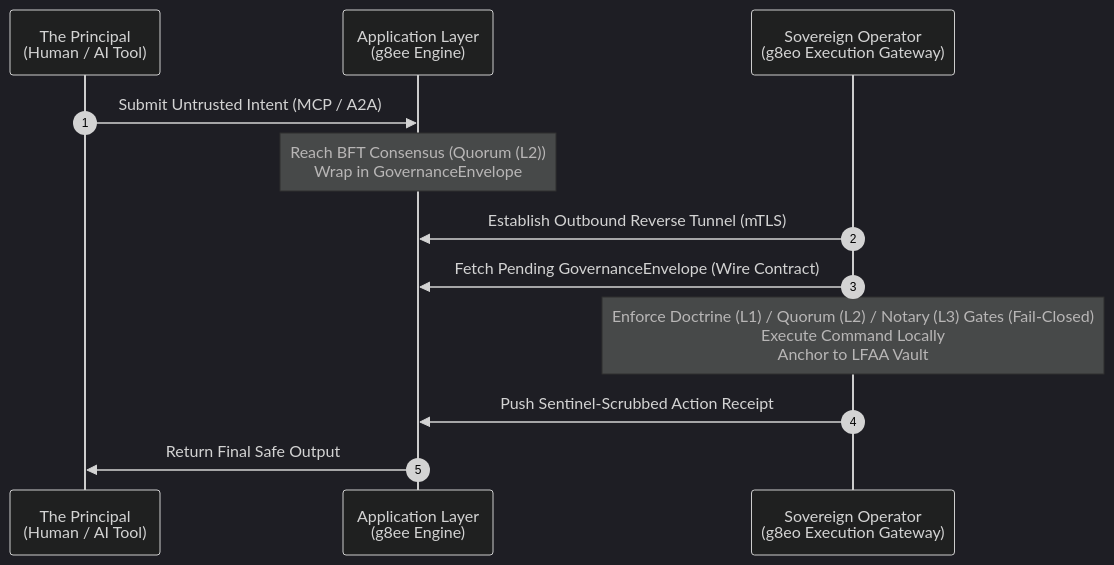
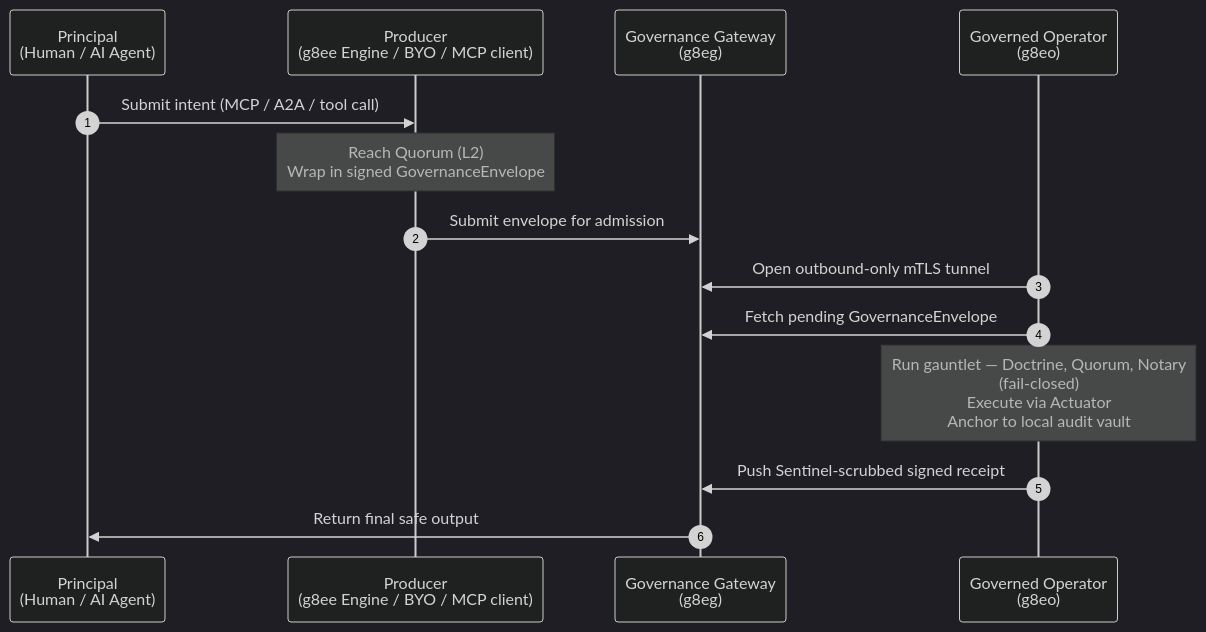
One commit to g8e-ai/g8e changed the first of 2 diagrams in README.md. Above: the diagram before and after it, drawn with Mermaid (dark theme). The commit also changed other lines of this file and 46 other files, not shown here.

````diff
--- a/README.md
+++ b/README.md
@@ -21,24 +113,20 @@
 ```mermaid
 sequenceDiagram
     autonumber
-    
-    participant Principal as The Principal<br/>(Human / AI Tool)
-    participant Engine as Application Layer<br/>(g8ee Engine)
-    participant Operator as Sovereign Operator<br/>(g8eo Execution Gateway)
+    participant Principal as Principal<br/>(Human / AI Agent)
+    participant Engine as Producer<br/>(g8ee Engine / BYO / MCP client)
+    participant Gateway as Governance Gateway<br/>(g8eg)
+    participant Operator as Governed Operator<br/>(g8eo)
 
-    %% Intent Generation (External to Operator)
-    Principal->>Engine: Submit Untrusted Intent (MCP / A2A)
-    Note over Engine: Reach BFT Consensus (Quorum (L2))<br/>Wrap in GovernanceEnvelope
-    
-    %% Operator Outbound-Only Interaction
-    Operator->>Engine: Establish Outbound Reverse Tunnel (mTLS)
-    Operator->>Engine: Fetch Pending GovernanceEnvelope (Wire Contract)
-    
-    Note over Operator: Enforce Doctrine (L1) / Quorum (L2) / Notary (L3) Gates (Fail-Closed)<br/>Execute Command Locally<br/>Anchor to LFAA Vault
-    
-    Operator->>Engine: Push Sentinel-Scrubbed Action Receipt
-    
-    %% Return to Principal
-    Engine->>Principal: Return Final Safe Output
+    Principal->>Engine: Submit intent (MCP / A2A / tool call)
+    Note over Engine: Reach Quorum (L2)<br/>Wrap in signed GovernanceEnvelope
+    Engine->>Gateway: Submit envelope for admission
 
+    Operator->>Gateway: Open outbound-only mTLS tunnel
+    Operator->>Gateway: Fetch pending GovernanceEnvelope
+
+    Note over Operator: Run gauntlet — Doctrine, Quorum, Notary<br/>(fail-closed)<br/>Execute via Actuator<br/>Anchor to local audit vault
+
+    Operator->>Gateway: Push Sentinel-scrubbed signed receipt
+    Gateway->>Principal: Return final safe output
 ```
````
